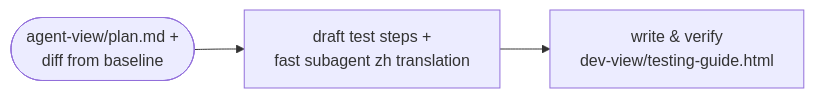
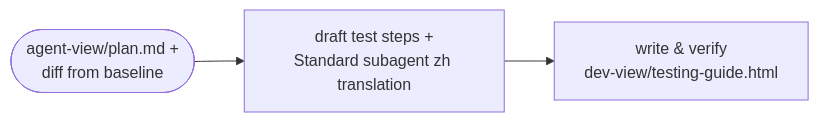
Before and after one commit to le0u0/just-do-it: the diagram in docs/to-test-doc.md, drawn with Mermaid. The commit also changed other lines of this file and 49 other files, not shown here.

````diff
--- a/docs/to-test-doc.md
+++ b/docs/to-test-doc.md
@@ -7,5 +7,5 @@
 ```mermaid
 flowchart LR
-    IN([agent-view/plan.md +<br/>diff from baseline]) --> D[draft test steps +<br/>fast subagent zh translation]
+    IN([agent-view/plan.md +<br/>diff from baseline]) --> D[draft test steps +<br/>Standard subagent zh translation]
     D --> H[write & verify<br/>dev-view/testing-guide.html]
 ```
````
